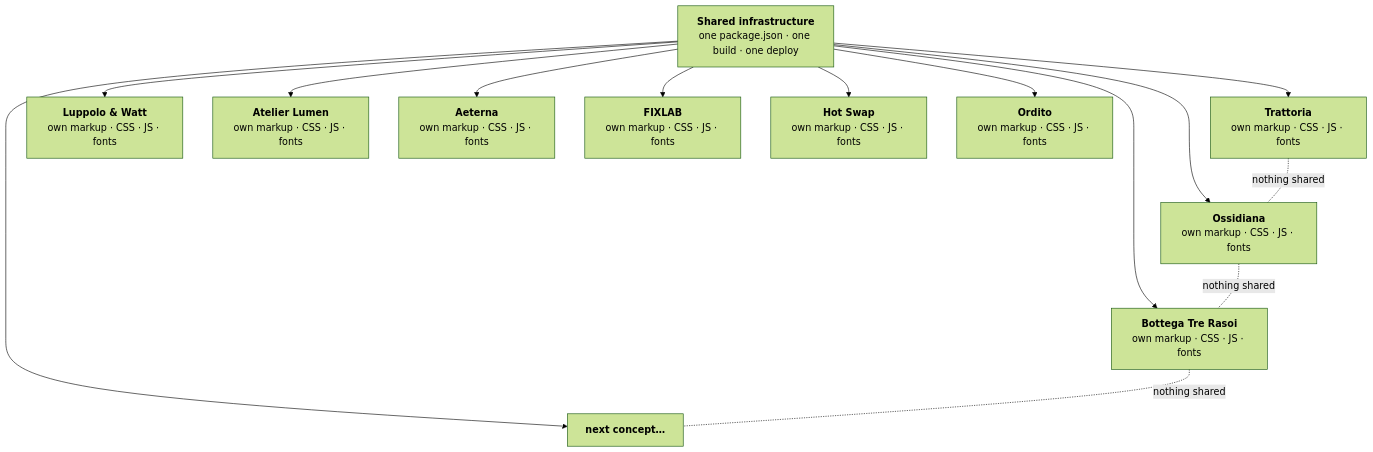
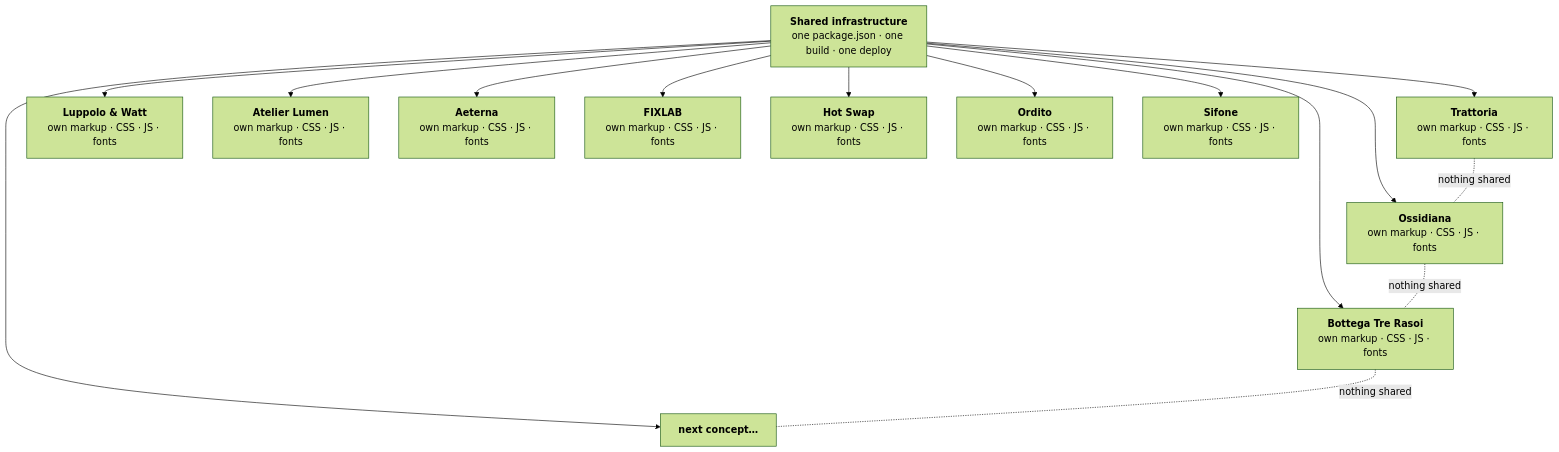
Before and after one commit to Loop-Studio-Web/vetrine: the diagram in README.md, drawn with Mermaid (forest theme). The commit also changed other lines of this file and 44 other files, not shown here.

````diff
--- a/README.md
+++ b/README.md
@@ -228,17 +247,18 @@
 ```mermaid
 flowchart TB
     infra["<b>Shared infrastructure</b><br/>one package.json · one build · one deploy"]
     infra --> T["<b>Trattoria</b><br/>own markup · CSS · JS · fonts"]
     infra --> O["<b>Ossidiana</b><br/>own markup · CSS · JS · fonts"]
     infra --> R["<b>Luppolo & Watt</b><br/>own markup · CSS · JS · fonts"]
     infra --> B["<b>Bottega Tre Rasoi</b><br/>own markup · CSS · JS · fonts"]
     infra --> L["<b>Atelier Lumen</b><br/>own markup · CSS · JS · fonts"]
     infra --> A["<b>Aeterna</b><br/>own markup · CSS · JS · fonts"]
     infra --> F["<b>FIXLAB</b><br/>own markup · CSS · JS · fonts"]
     infra --> H["<b>Hot Swap</b><br/>own markup · CSS · JS · fonts"]
     infra --> D["<b>Ordito</b><br/>own markup · CSS · JS · fonts"]
+    infra --> S["<b>Sifone</b><br/>own markup · CSS · JS · fonts"]
     infra --> N["<b>next concept…</b>"]
     T -.-|nothing shared| O
     O -.-|nothing shared| B
     B -.-|nothing shared| N
 ```
````
